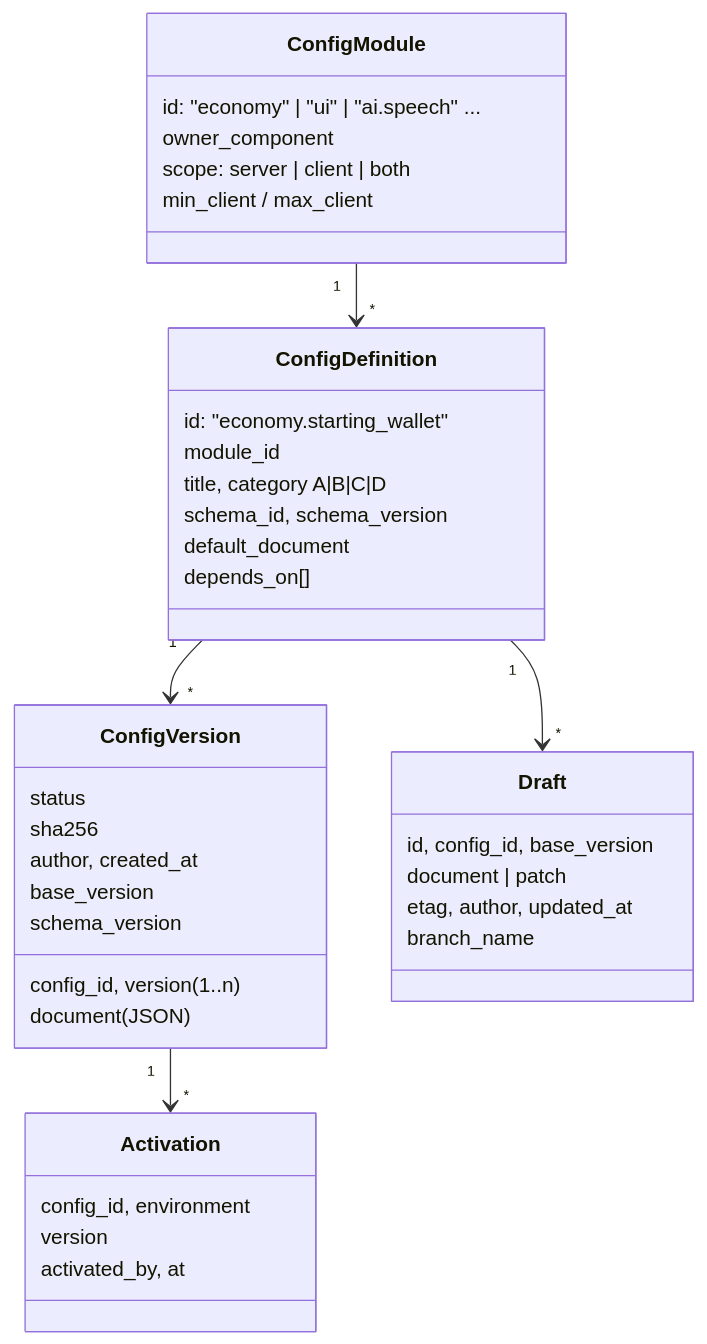
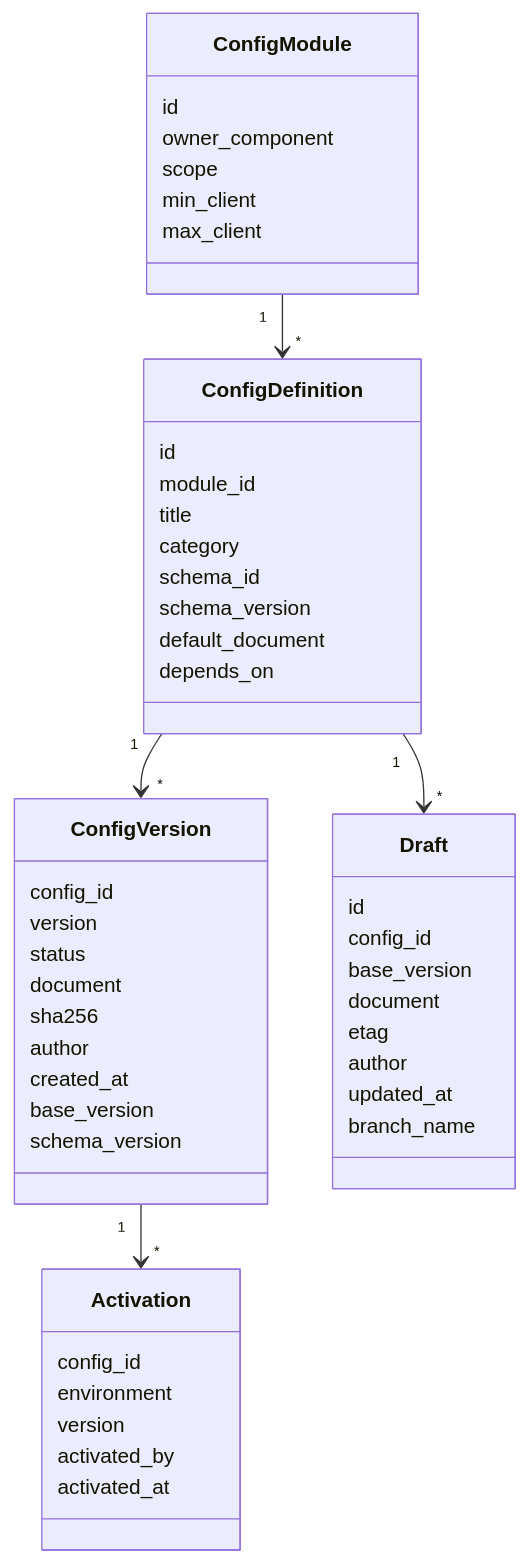
One commit to maillunex-lang/UfaArena changed the diagram in docs/admin_studio/CONFIGURATION_SYSTEM.md. Above: the diagram before and after it, drawn with Mermaid. The commit also changed 11 other files, not shown here.

First line of the commit message:
Admin Studio phase 01 complete: DB, API, environments, performance, roadmap, decisions, report

````diff
--- a/docs/admin_studio/CONFIGURATION_SYSTEM.md
+++ b/docs/admin_studio/CONFIGURATION_SYSTEM.md
@@ -11,41 +11,52 @@
 ```mermaid
 classDiagram
   class ConfigModule {
-    id: "economy" | "ui" | "ai.speech" ...
+    id
     owner_component
-    scope: server | client | both
-    min_client / max_client
+    scope
+    min_client
+    max_client
   }
   class ConfigDefinition {
-    id: "economy.starting_wallet"
+    id
     module_id
-    title, category A|B|C|D
-    schema_id, schema_version
+    title
+    category
+    schema_id
+    schema_version
     default_document
-    depends_on[]
+    depends_on
   }
   class ConfigVersion {
-    config_id, version (1..n)
+    config_id
+    version
     status
-    document (JSON)
+    document
     sha256
-    author, created_at
+    author
+    created_at
     base_version
     schema_version
   }
   class Draft {
-    id, config_id, base_version
-    document | patch
-    etag, author, updated_at
+    id
+    config_id
+    base_version
+    document
+    etag
+    author
+    updated_at
     branch_name
   }
   class Activation {
-    config_id, environment
+    config_id
+    environment
     version
-    activated_by, at
+    activated_by
+    activated_at
   }
   ConfigModule "1" --> "*" ConfigDefinition
   ConfigDefinition "1" --> "*" ConfigVersion
   ConfigDefinition "1" --> "*" Draft
   ConfigVersion "1" --> "*" Activation
 ```
````
